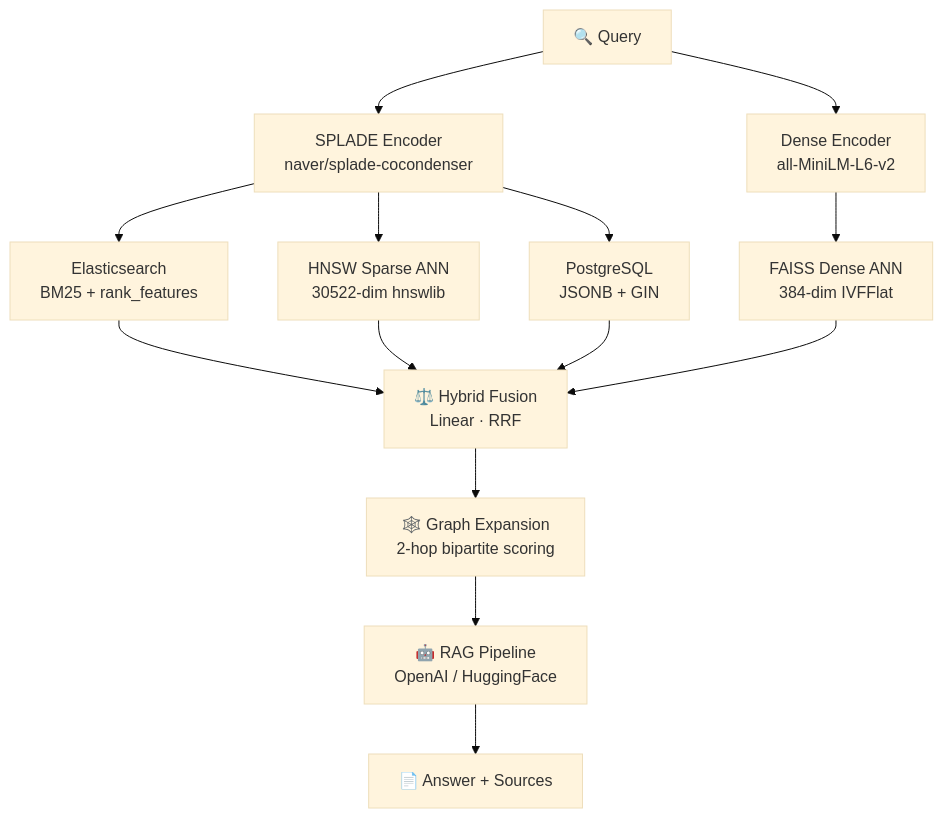
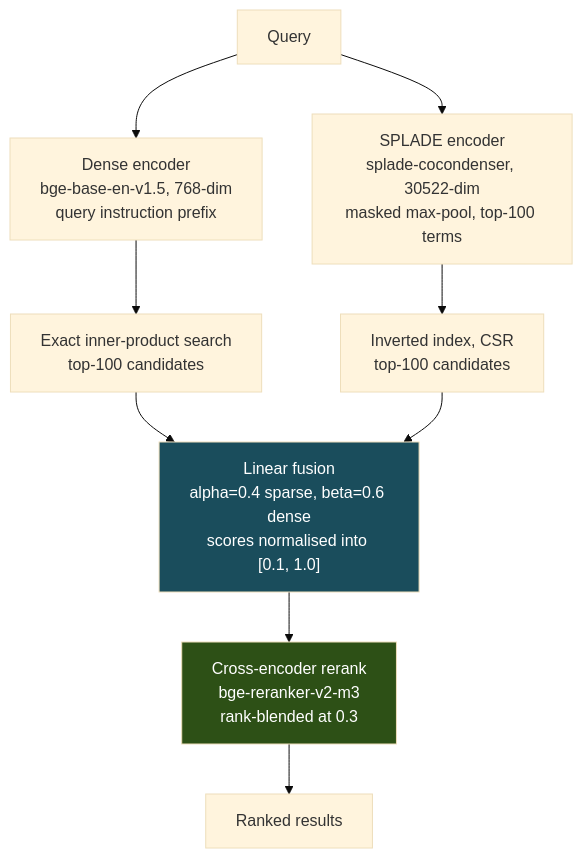
The first of 2 diagrams in README.md (DeveshR011/Bone-Engine), drawn with Mermaid (base theme) before and after one commit. The commit also changed other lines of this file and 30 other files, not shown here.

````diff
--- a/README.md
+++ b/README.md
@@ -9,20 +317,17 @@
 ```mermaid
 flowchart TD
-    Q["🔍 Query"] --> SE["SPLADE Encoder\nnaver/splade-cocondenser"]
-    Q --> DE["Dense Encoder\nall-MiniLM-L6-v2"]
+    Q["Query"] --> DE["Dense encoder<br/>bge-base-en-v1.5, 768-dim<br/>query instruction prefix"]
+    Q --> SE["SPLADE encoder<br/>splade-cocondenser, 30522-dim<br/>masked max-pool, top-100 terms"]
 
-    SE --> ES["Elasticsearch\nBM25 + rank_features"]
-    SE --> HNSW["HNSW Sparse ANN\n30522-dim hnswlib"]
-    SE --> PG["PostgreSQL\nJSONB + GIN"]
+    DE --> DI["Exact inner-product search<br/>top-100 candidates"]
+    SE --> SI["Inverted index, CSR<br/>top-100 candidates"]
 
-    DE --> FAISS["FAISS Dense ANN\n384-dim IVFFlat"]
+    DI --> HF["Linear fusion<br/>alpha=0.4 sparse, beta=0.6 dense<br/>scores normalised into [0.1, 1.0]"]
+    SI --> HF
 
-    ES --> HF["⚖️ Hybrid Fusion\nLinear · RRF"]
-    HNSW --> HF
-    PG --> HF
-    FAISS --> HF
+    HF --> RR["Cross-encoder rerank<br/>bge-reranker-v2-m3<br/>rank-blended at 0.3"]
+    RR --> OUT["Ranked results"]
 
-    HF --> GX["🕸️ Graph Expansion\n2-hop bipartite scoring"]
-    GX --> RAG["🤖 RAG Pipeline\nOpenAI / HuggingFace"]
-    RAG --> OUT["📄 Answer + Sources"]
+    style RR fill:#2d5016,color:#fff
+    style HF fill:#1a4d5c,color:#fff
 ```
````
